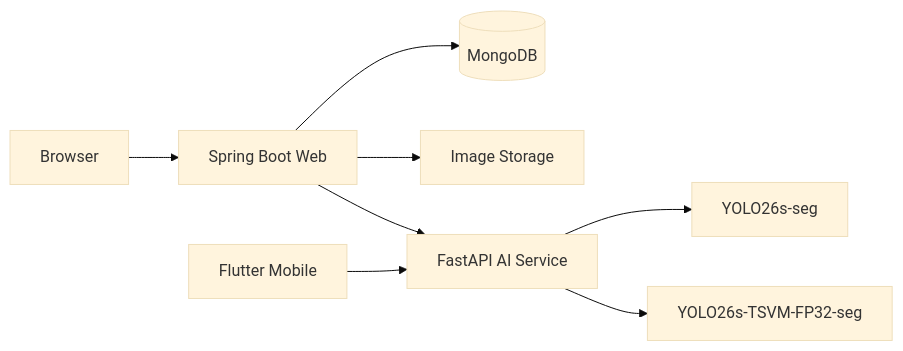
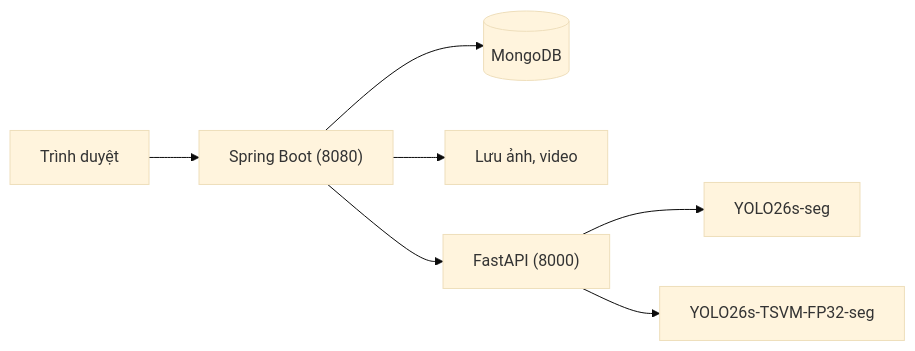
The diagram in README.md (Okeydokey8525/UngDung_Poylp), drawn with Mermaid (base theme) before and after one commit. The commit also changed other lines of this file and 301 other files, not shown here.

````diff
--- a/README.md
+++ b/README.md
@@ -24,10 +24,9 @@
 ```mermaid
 flowchart LR
-    Browser["Browser"] --> Web["Spring Boot Web"]
+    Browser["Trình duyệt"] --> Web["Spring Boot (8080)"]
     Web --> Mongo[("MongoDB")]
-    Web --> Storage["Image Storage"]
-    Web --> AI["FastAPI AI Service"]
-    Flutter["Flutter Mobile"] --> AI
+    Web --> Storage["Lưu ảnh, video"]
+    Web --> AI["FastAPI (8000)"]
     AI --> Baseline["YOLO26s-seg"]
-    AI --> VMamba["YOLO26s-TSVM-FP32-seg"]
+    AI --> TSVM["YOLO26s-TSVM-FP32-seg"]
 ```
````
